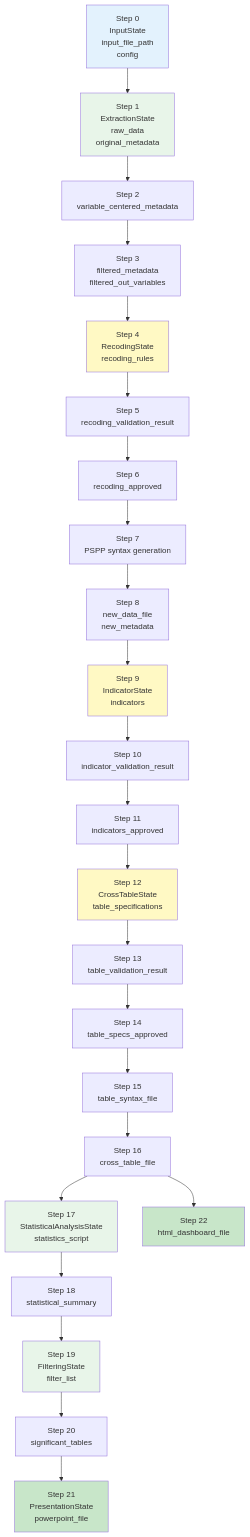
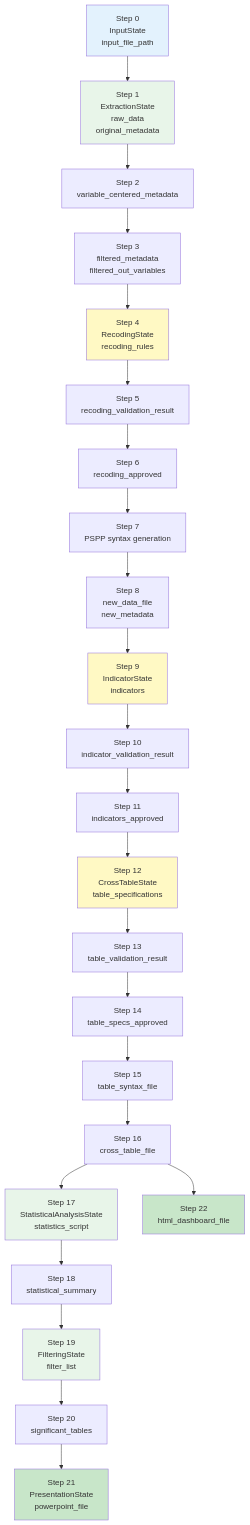
Before and after one commit to abcxyzx0099/datachat: the third of 3 diagrams in docs/application-design/data-schema.md, drawn with Mermaid. The commit also changed other lines of this file and 5 other files, not shown here.

````diff
--- a/docs/application-design/data-schema.md
+++ b/docs/application-design/data-schema.md
@@ -544,47 +542,47 @@
 ```mermaid
 graph TD
-    STEP0["Step 0<br/>InputState<br/>input_file_path<br/>config"]
+    STEP0["Step 0<br/>InputState<br/>input_file_path"]
     STEP1["Step 1<br/>ExtractionState<br/>raw_data<br/>original_metadata"]
     STEP2["Step 2<br/>variable_centered_metadata"]
     STEP3["Step 3<br/>filtered_metadata<br/>filtered_out_variables"]
     STEP4["Step 4<br/>RecodingState<br/>recoding_rules"]
     STEP5["Step 5<br/>recoding_validation_result"]
     STEP6["Step 6<br/>recoding_approved"]
     STEP7["Step 7<br/>PSPP syntax generation"]
     STEP8["Step 8<br/>new_data_file<br/>new_metadata"]
     STEP9["Step 9<br/>IndicatorState<br/>indicators"]
     STEP10["Step 10<br/>indicator_validation_result"]
     STEP11["Step 11<br/>indicators_approved"]
     STEP12["Step 12<br/>CrossTableState<br/>table_specifications"]
     STEP13["Step 13<br/>table_validation_result"]
     STEP14["Step 14<br/>table_specs_approved"]
     STEP15["Step 15<br/>table_syntax_file"]
     STEP16["Step 16<br/>cross_table_file"]
     STEP17["Step 17<br/>StatisticalAnalysisState<br/>statistics_script"]
     STEP18["Step 18<br/>statistical_summary"]
     STEP19["Step 19<br/>FilteringState<br/>filter_list"]
     STEP20["Step 20<br/>significant_tables"]
     STEP21["Step 21<br/>PresentationState<br/>powerpoint_file"]
     STEP22["Step 22<br/>html_dashboard_file"]
 
     STEP0 --> STEP1 --> STEP2 --> STEP3
     STEP3 --> STEP4 --> STEP5 --> STEP6
     STEP6 --> STEP7 --> STEP8
     STEP8 --> STEP9 --> STEP10 --> STEP11
     STEP11 --> STEP12 --> STEP13 --> STEP14
     STEP14 --> STEP15 --> STEP16
     STEP16 --> STEP17 --> STEP18
     STEP18 --> STEP19 --> STEP20
     STEP20 --> STEP21
     STEP16 --> STEP22
 
     style STEP0 fill:#e3f2fd
     style STEP1 fill:#e8f5e9
     style STEP4 fill:#fff9c4
     style STEP9 fill:#fff9c4
     style STEP12 fill:#fff9c4
     style STEP17 fill:#e8f5e9
     style STEP19 fill:#e8f5e9
     style STEP21 fill:#c8e6c9
     style STEP22 fill:#c8e6c9
 ```
````
